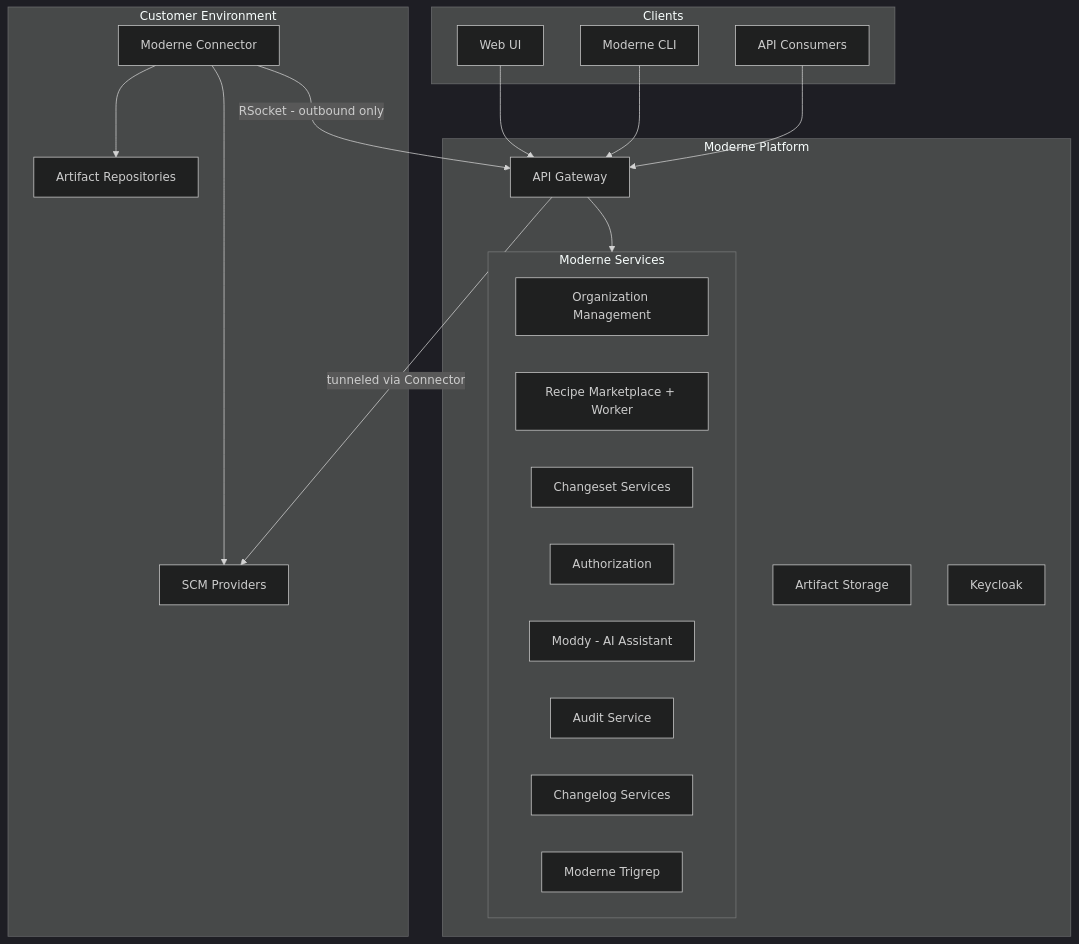
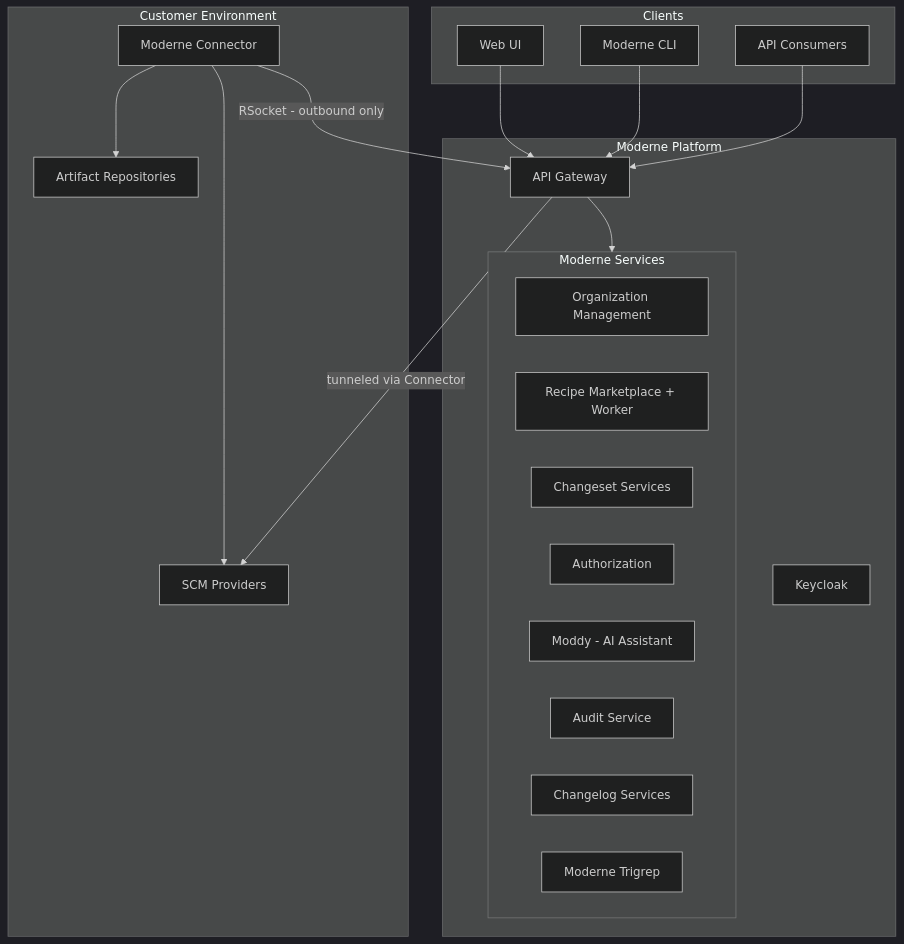
One commit to moderneinc/moderne-docs changed the diagram in docs/administrator-documentation/moderne-platform/references/architecture.md. Above: the diagram before and after it, drawn with Mermaid (dark theme). The commit also changed other lines of this file, not shown here.

Commit message:
Remove artifact storage as it no longer exists

````diff
--- a/docs/administrator-documentation/moderne-platform/references/architecture.md
+++ b/docs/administrator-documentation/moderne-platform/references/architecture.md
@@ -26,38 +26,37 @@
 ```mermaid
 graph TB
     subgraph Clients
         UI[Web UI]
         CLI[Moderne CLI]
         API[API Consumers]
     end
 
     subgraph Moderne["Moderne Platform"]
         GW[API Gateway]
 
         subgraph Services["Moderne Services"]
             ORG[Organization Management]
             RECIPE[Recipe Marketplace + Worker]
             CHANGESET[Changeset Services]
             AUTH[Authorization]
             MODDY[Moddy - AI Assistant]
             AUDIT[Audit Service]
             CHANGELOG[Changelog Services]
             TRIGREP[Moderne Trigrep]
         end
 
-        STORE[Artifact Storage]
         KC[Keycloak]
     end
 
     subgraph Customer["Customer Environment"]
         CONN[Moderne Connector]
         SCM[SCM Providers]
         ARTS[Artifact Repositories]
     end
 
     UI & CLI & API --> GW
     GW --> Services
     CONN -->|RSocket - outbound only| GW
     CONN --> SCM & ARTS
     GW -->|tunneled via Connector| SCM
 ```
````
